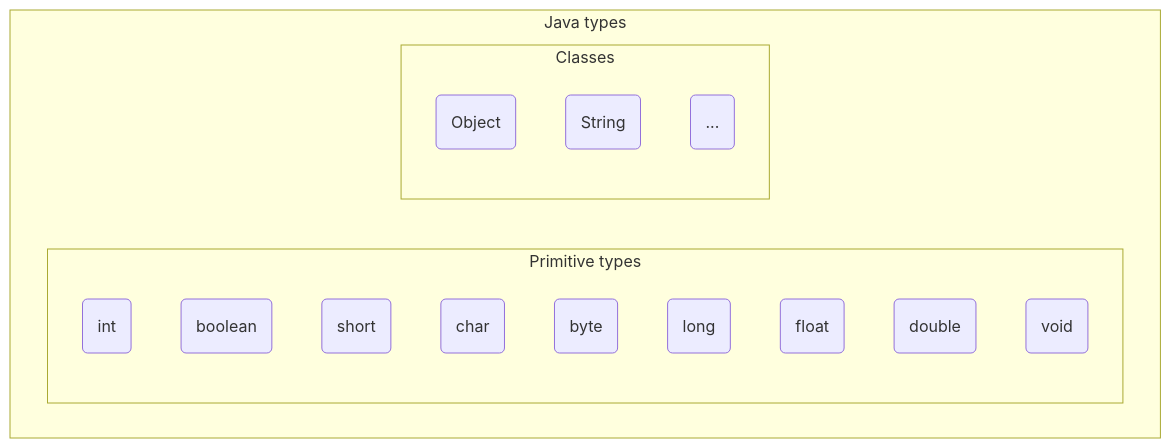
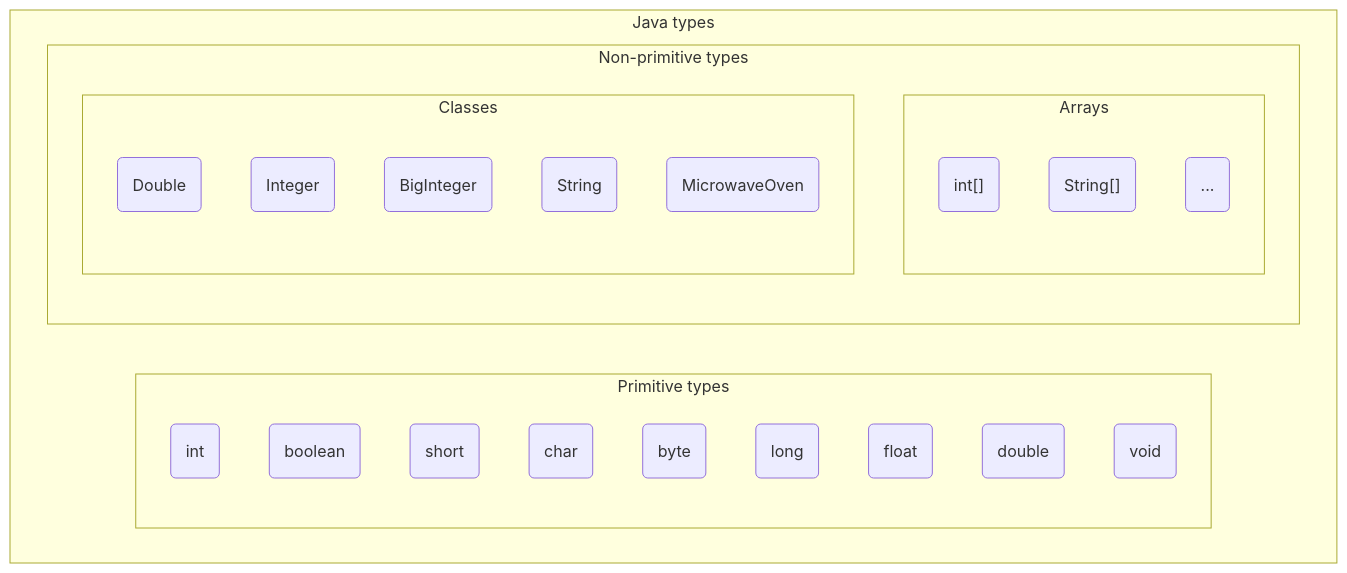
The third of 3 diagrams in lecture-markdown/content/03-objects/generator.md (unibo-lptsi-pss/pss-slides), drawn with Mermaid before and after one commit. The commit also changed other lines of this file, not shown here.

````diff
--- a/lecture-markdown/content/03-objects/generator.md
+++ b/lecture-markdown/content/03-objects/generator.md
@@ -170,21 +165,34 @@
 ```mermaid
 flowchart TB
   subgraph Java types
     subgraph Primitive types
       int(int)
       boolean(boolean)
       short(short)
       char(char)
       byte(byte)
       long(long)
       float(float)
       double(double)
       void(void)
     end
-    subgraph Classes
-      Object(Object)
-      String(String)
-      other(...)
+    subgraph Non-primitive types
+        direction TB
+        subgraph Arrays
+          direction TB
+          intA("int[]")
+          StringA("String[]")
+          other("...[]")
+        end
+        subgraph Classes
+            direction TB
+          Double(Double)
+          Integer(Integer)
+          BigInteger(BigInteger)
+          String(String)
+          MicrowaveOven(MicrowaveOven)
+          other(...)
+        end
     end
   end
 ```
````
